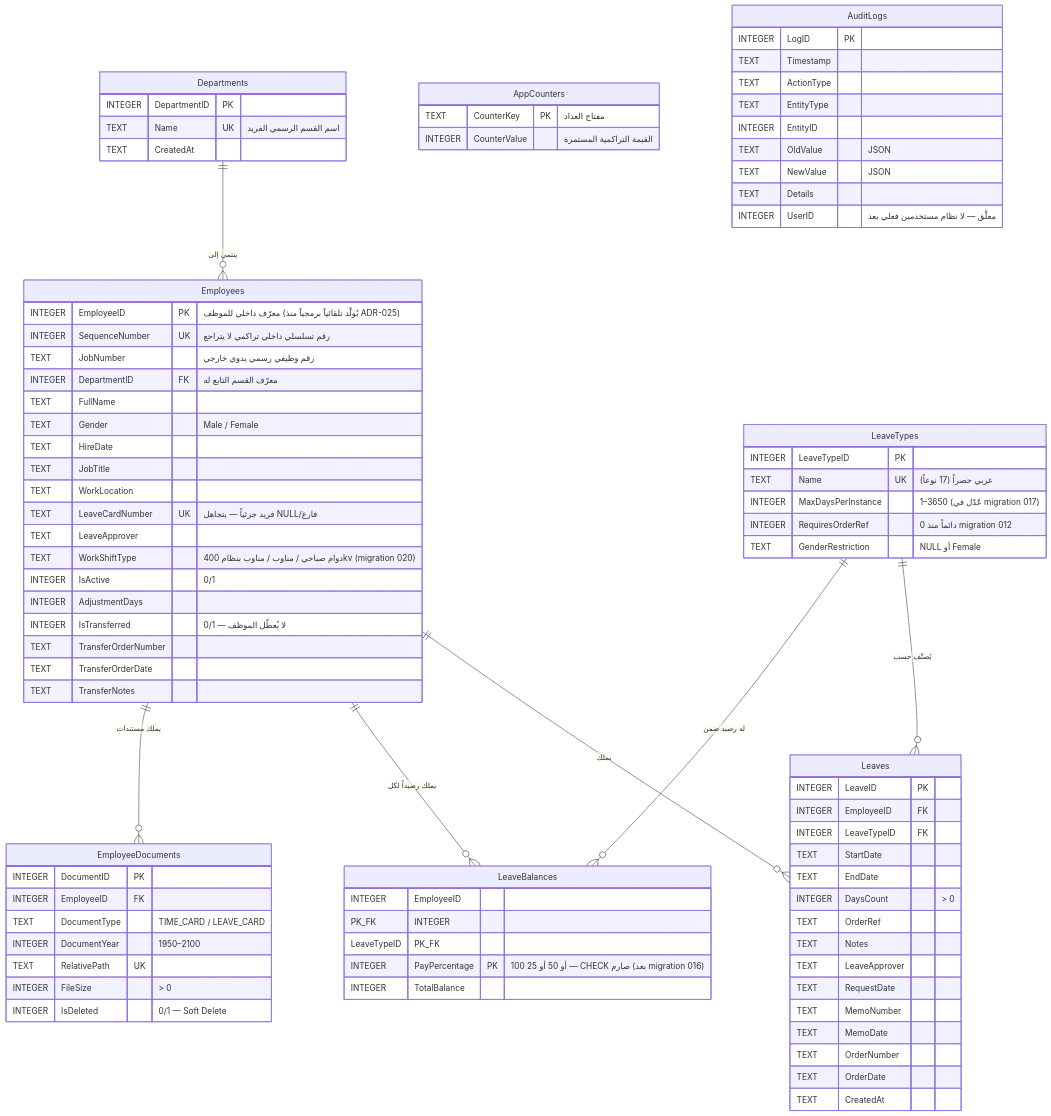
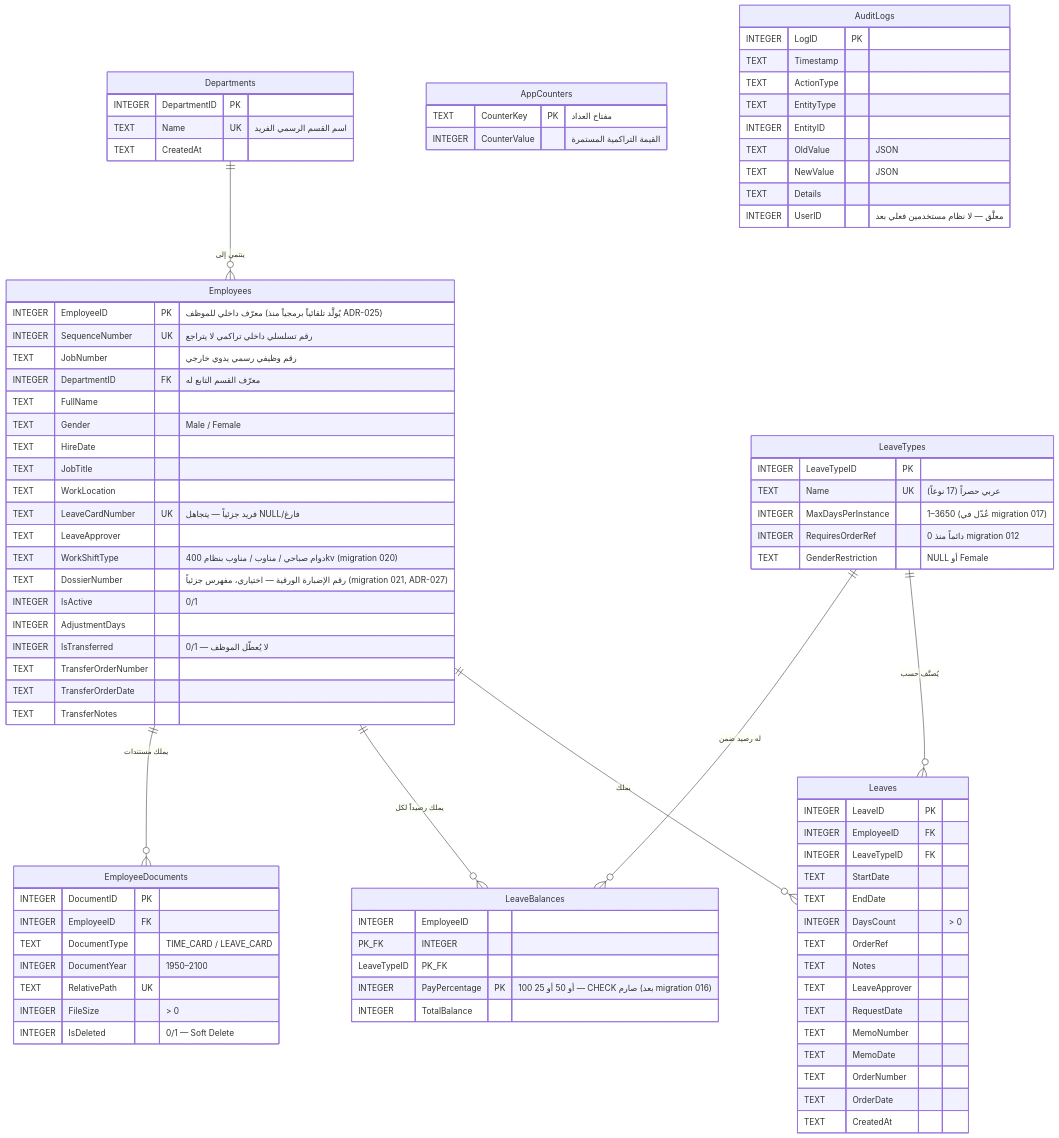
One commit to sajadmssa/Holidays changed the diagram in docs/DATA-MODEL.md. Above: the diagram before and after it, drawn with Mermaid. The commit also changed other lines of this file and 14 other files, not shown here.

Commit message:
feat(employees): add DossierNumber (رقم الإضبارة) per ADR-027

```diff
--- a/docs/DATA-MODEL.md
+++ b/docs/DATA-MODEL.md
@@ -35,6 +35,7 @@
         TEXT LeaveCardNumber UK "فريد جزئياً — يتجاهل NULL/فارغ"
         TEXT LeaveApprover
         TEXT WorkShiftType "دوام صباحي / مناوب / مناوب بنظام 400kv (migration 020)"
+        TEXT DossierNumber "رقم الإضبارة الورقية — اختياري، مفهرس جزئياً (migration 021, ADR-027)"
         INTEGER IsActive "0/1"
         INTEGER AdjustmentDays
         INTEGER IsTransferred "0/1 — لا يُعطّل الموظف"
```
